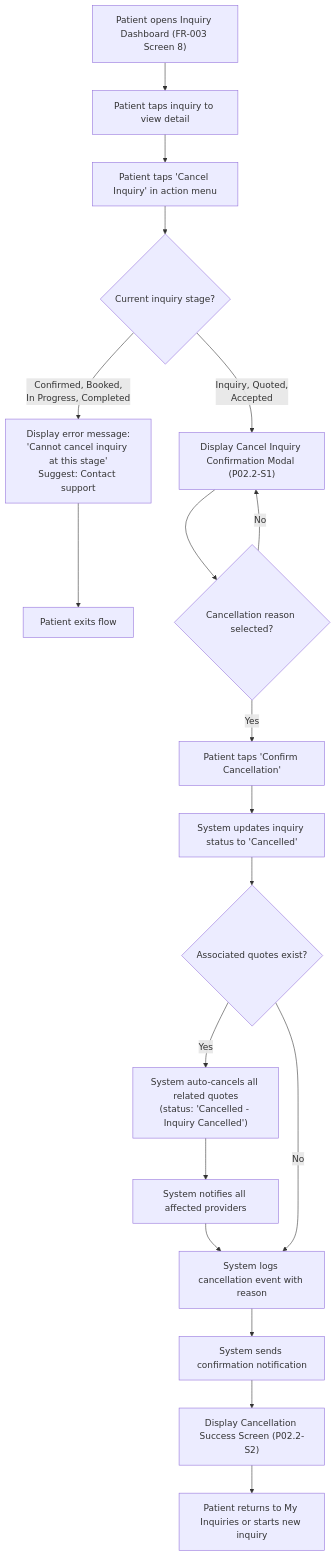
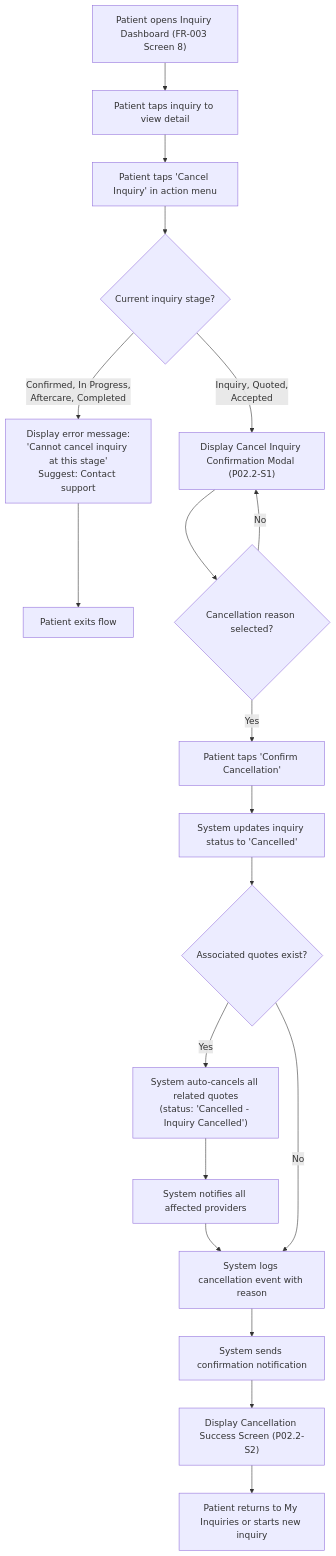
One commit to joachimtrungtuan/hairline-pm-docs changed the fourth of 14 diagrams in reports/2026-02-05/missing-mobile-flows-design-complement.md. Above: the diagram before and after it, drawn with Mermaid. The commit also changed 22 other files, not shown here.

Commit message:
Update cancellation policy for inquiry (by the patient)

````diff
--- a/reports/2026-02-05/missing-mobile-flows-design-complement.md
+++ b/reports/2026-02-05/missing-mobile-flows-design-complement.md
@@ -437,27 +437,27 @@
 ```mermaid
 flowchart TD
     Start["Patient opens Inquiry Dashboard (FR-003 Screen 8)"] --> ViewDetail["Patient taps inquiry to view detail"]
     ViewDetail --> CancelOption["Patient taps 'Cancel Inquiry' in action menu"]
     CancelOption --> CheckStage{"Current inquiry stage?"}
 
-    CheckStage -->|Confirmed, Booked,<br/>In Progress, Completed| BlockCancellation["Display error message:<br/>'Cannot cancel inquiry at this stage'<br/>Suggest: Contact support"]
+    CheckStage -->|Confirmed, In Progress,<br/>Aftercare, Completed| BlockCancellation["Display error message:<br/>'Cannot cancel inquiry at this stage'<br/>Suggest: Contact support"]
     BlockCancellation --> End1["Patient exits flow"]
 
     CheckStage -->|Inquiry, Quoted,<br/>Accepted| ShowModal["Display Cancel Inquiry Confirmation Modal (P02.2-S1)"]
     ShowModal --> ReasonRequired{"Cancellation reason selected?"}
 
     ReasonRequired -->|No| ShowModal
     ReasonRequired -->|Yes| ConfirmButton["Patient taps 'Confirm Cancellation'"]
 
     ConfirmButton --> ProcessCancellation["System updates inquiry status to 'Cancelled'"]
     ProcessCancellation --> CheckQuotes{"Associated quotes exist?"}
 
     CheckQuotes -->|Yes| CancelQuotes["System auto-cancels all related quotes<br/>(status: 'Cancelled - Inquiry Cancelled')"]
     CancelQuotes --> NotifyProviders["System notifies all affected providers"]
     NotifyProviders --> LogEvent
 
     CheckQuotes -->|No| LogEvent["System logs cancellation event with reason"]
     LogEvent --> NotifyPatient["System sends confirmation notification"]
     NotifyPatient --> ShowSuccess["Display Cancellation Success Screen (P02.2-S2)"]
     ShowSuccess --> End2["Patient returns to My Inquiries or starts new inquiry"]
 ```
````
